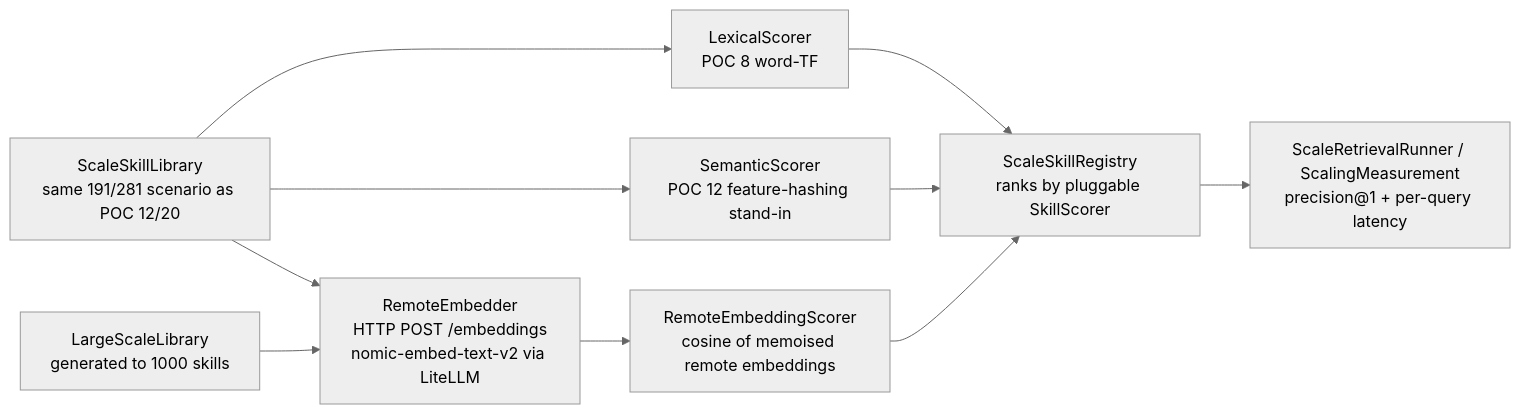
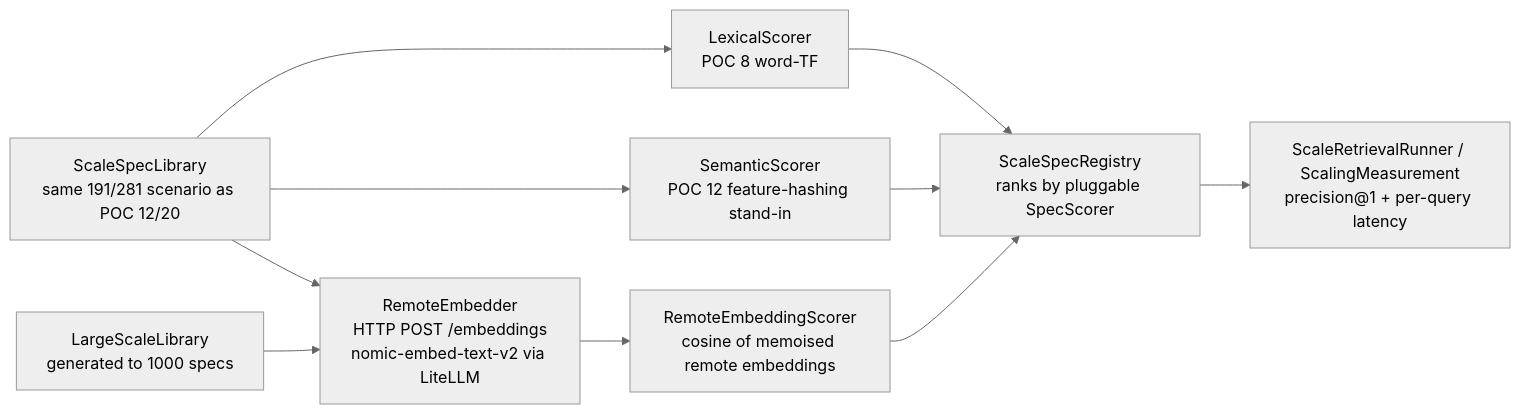
Before and after one commit to iromu/embabel-smith: the diagram in poc/poc-23-remote-embedding-scale/README.md, drawn with Mermaid (neutral theme). The commit also changed other lines of this file and 650 other files, not shown here.

First line of the commit message:
Rename the skill-pack vocabulary to agent spec to match what the unit actually is

````diff
--- a/poc/poc-23-remote-embedding-scale/README.md
+++ b/poc/poc-23-remote-embedding-scale/README.md
@@ -26,16 +26,16 @@
 ```mermaid
 flowchart LR
-    LIB["ScaleSkillLibrary<br/>same 191/281 scenario as POC 12/20"]
-    BIG["LargeScaleLibrary<br/>generated to 1000 skills"]
+    LIB["ScaleSpecLibrary<br/>same 191/281 scenario as POC 12/20"]
+    BIG["LargeScaleLibrary<br/>generated to 1000 specs"]
     LEX["LexicalScorer<br/>POC 8 word-TF"]
     DENSE["SemanticScorer<br/>POC 12 feature-hashing stand-in"]
     REM["RemoteEmbedder<br/>HTTP POST /embeddings<br/>nomic-embed-text-v2 via LiteLLM"]
     RSCOR["RemoteEmbeddingScorer<br/>cosine of memoised remote embeddings"]
-    REG["ScaleSkillRegistry<br/>ranks by pluggable SkillScorer"]
+    REG["ScaleSpecRegistry<br/>ranks by pluggable SpecScorer"]
     RUN["ScaleRetrievalRunner / ScalingMeasurement<br/>precision@1 + per-query latency"]
     LIB --> LEX --> REG
     LIB --> DENSE --> REG
     LIB --> REM --> RSCOR --> REG
     BIG --> REM
     REG --> RUN
 ```
````
